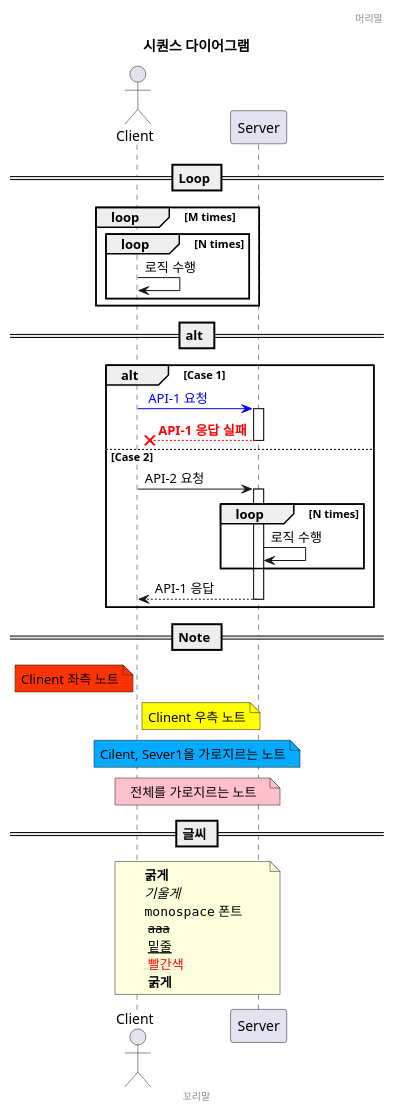
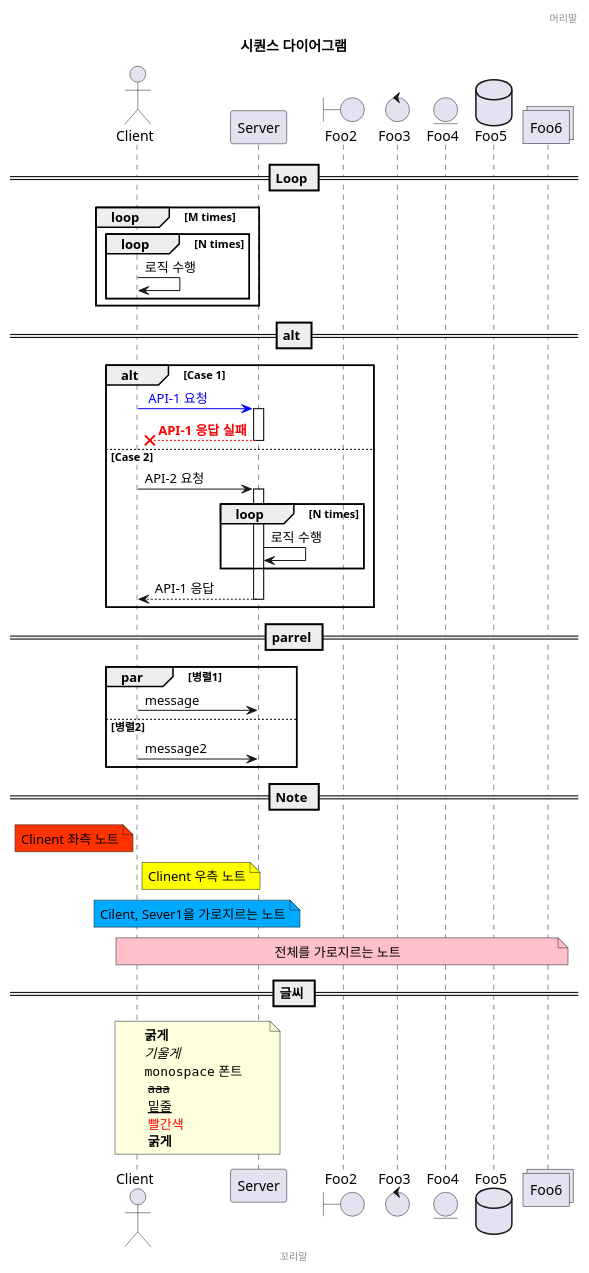
The diagram in test.puml (webandrea72/commsi), drawn with PlantUML before and after one commit. The commit also changed 5 other files, not shown here.

Commit message:
uml 추가

```diff
--- a/test.puml
+++ b/test.puml
@@ -1,49 +1,61 @@
 @startuml
 header 머리말
 footer 꼬리말
 title 시퀀스 다이어그램
 actor Client as C
 participant Server as S
+
+boundary Foo2
+control Foo3
+entity Foo4
+database Foo5
+collections Foo6
 == Loop ==
 loop M times
     loop N times
         C -> C: 로직 수행
     end
 end
 == alt ==
 alt Case 1
         C -[#0000FF]> S: <font color="#0000FF"> API-1 요청 
         activate S
         S --[#FF0000]X C: <b><font color="#FF0000"> API-1 응답 실패
         deactivate S
 else Case 2
     C -> S: API-2 요청
     activate S
     loop N times
         S -> S: 로직 수행
     end
     S --> C: API-1 응답
     deactivate S
+end
+== parrel ==
+par 병렬1
+C -> S: message
+else 병렬2
+C -> S: message2
 end
 == Note ==
 note left C #FF3300
     Clinent 좌측 노트
 end note
 note right C #yellow
     Clinent 우측 노트
 end note
 note over C, S #00AAFF
     Cilent, Sever1을 가로지르는 노트
 end note
 note across #pink: 전체를 가로지르는 노트
 == 글씨 ==
 note over C, S
   **굵게**
   //기울게//
   ""monospace"" 폰트
    --aaa--
    __밑줄__
    <color #red>빨간색</color>
    <b>굵게</b>
 end note
 @enduml
```
